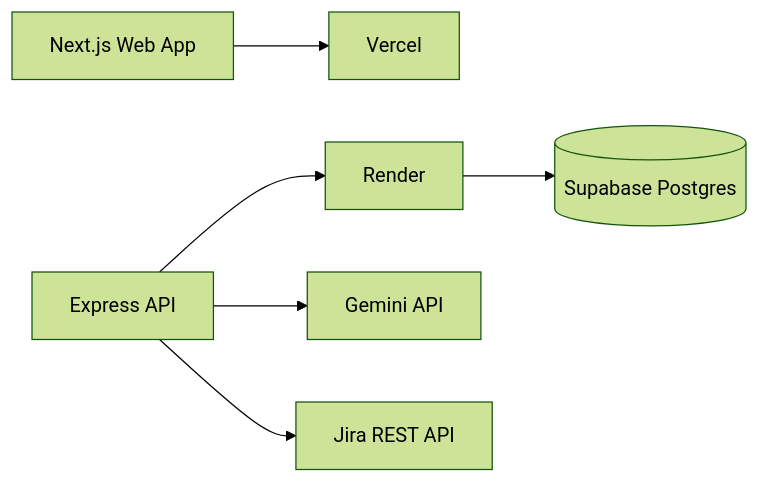
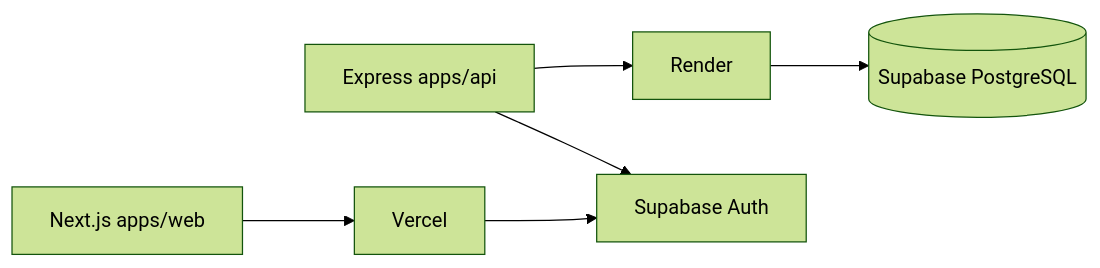
One commit to rajbharshivani66-create/Accesslens-AI changed the sixth of 6 diagrams in docs/mindmap.md. Above: the diagram before and after it, drawn with Mermaid (forest theme). The commit also changed other lines of this file and 61 other files, not shown here.

````diff
--- a/docs/mindmap.md
+++ b/docs/mindmap.md
@@ -140,8 +237,8 @@
 ```mermaid
 flowchart LR
-  A[Next.js Web App] --> B[Vercel]
-  C[Express API] --> D[Render]
-  D --> E[(Supabase Postgres)]
-  C --> F[Gemini API]
-  C --> G[Jira REST API]
+  Web[Next.js apps/web] --> Vercel[Vercel]
+  API[Express apps/api] --> Render[Render]
+  Render --> Supabase[(Supabase PostgreSQL)]
+  API --> Auth[Supabase Auth]
+  Vercel --> Auth
 ```
````
